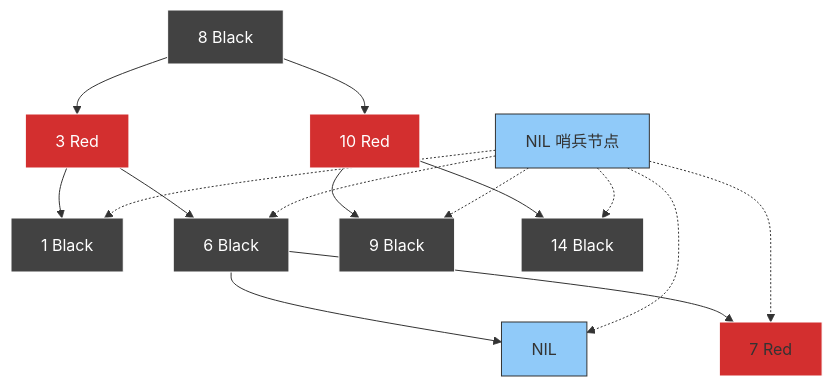
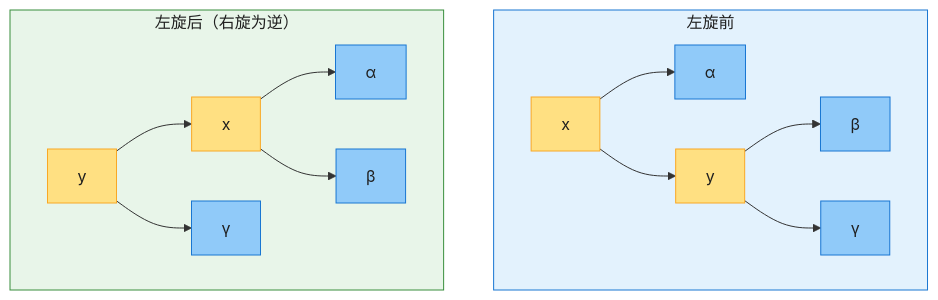
The second of 13 diagrams in IntroductionToAlgorithms/Chapter13_红黑树_深度版.md (socoo123/book_reading), drawn with Mermaid before and after one commit. The commit also changed other lines of this file and 30 other files, not shown here.

````diff
--- a/IntroductionToAlgorithms/Chapter13_红黑树_深度版.md
+++ b/IntroductionToAlgorithms/Chapter13_红黑树_深度版.md
@@ -120,30 +81,22 @@
 ```mermaid
-flowchart TD
-    Root["NIL 哨兵节点"]
-    A["8 Black"] --> B["3 Red"]
-    A --> C["10 Red"]
-    B --> D["1 Black"]
-    B --> E["6 Black"]
-    C --> F["9 Black"]
-    C --> G["14 Black"]
-    E --> H["NIL"]
-    E --> I["7 Red"]
+graph TD
+    subgraph S1["左旋前"]
+      x1["x"] --> a1["α"]
+      x1 --> y1["y"]
+      y1 --> b1["β"]
+      y1 --> g1["γ"]
+    end
+    subgraph S2["左旋后（右旋为逆）"]
+      y2["y"] --> x2["x"]
+      y2 --> g2["γ"]
+      x2 --> a2["α"]
+      x2 --> b2["β"]
+    end
 
-    Root -.-> D
-    Root -.-> E
-    Root -.-> F
-    Root -.-> G
-    Root -.-> H
-    Root -.-> I
-
-    style Root fill:#90caf9,stroke:#333
-    style A fill:#424242,stroke:#fff,color:#fff
-    style B fill:#d32f2f,stroke:#fff,color:#fff
-    style C fill:#d32f2f,stroke:#fff,color:#fff
-    style D fill:#424242,stroke:#fff,color:#fff
-    style E fill:#424242,stroke:#fff,color:#fff
-    style F fill:#424242,stroke:#fff,color:#fff
-    style G fill:#424242,stroke:#fff,color:#fff
-    style H fill:#90caf9,stroke:#333
-    style I fill:#d32f2f,stroke:#fff
+    style S1 fill:#E3F2FD,stroke:#1976D2,color:#1f1f1f
+    style S2 fill:#E8F5E9,stroke:#388E3C,color:#1f1f1f
+    classDef hub fill:#FFE082,stroke:#F9A825,color:#1f1f1f
+    classDef sub fill:#90CAF9,stroke:#1976D2,color:#1f1f1f
+    class x1,y1,x2,y2 hub
+    class a1,b1,g1,a2,b2,g2 sub
 ```
````
